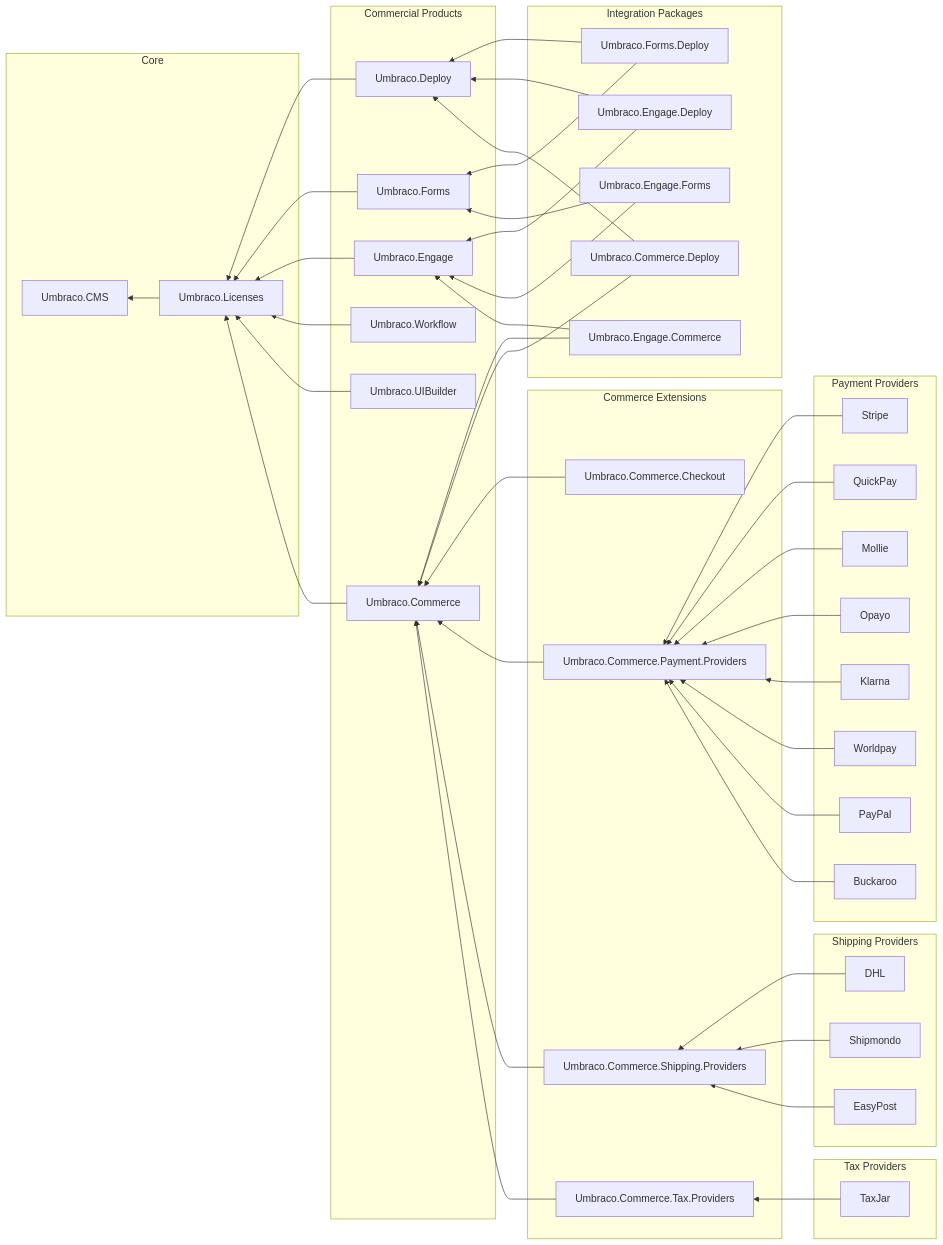
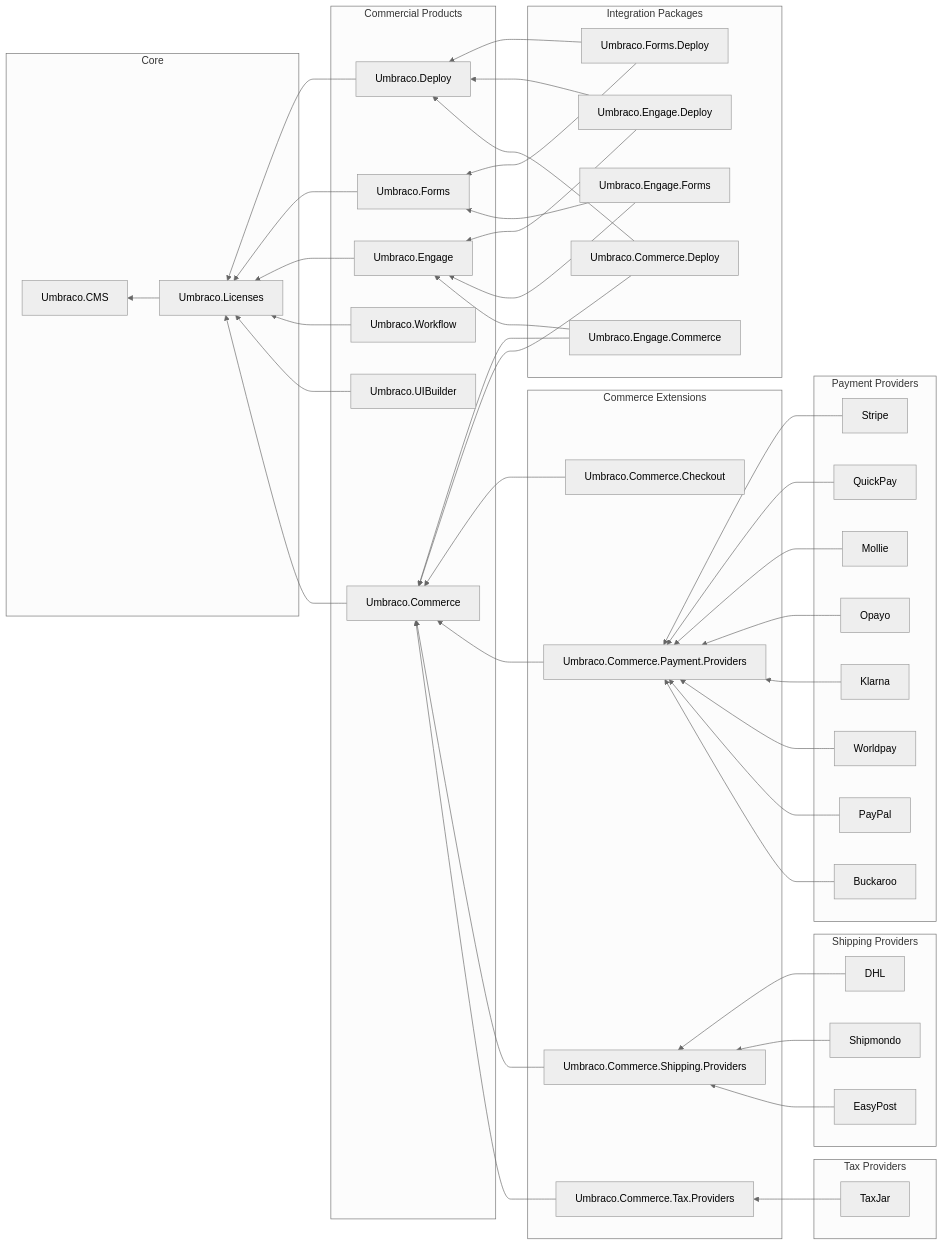
One commit to umbraco/UmbracoDocs changed the diagram in marketplace-and-integrations/commercial-product-dependencies.md. Above: the diagram before and after it, drawn with Mermaid.

````diff
--- a/marketplace-and-integrations/commercial-product-dependencies.md
+++ b/marketplace-and-integrations/commercial-product-dependencies.md
@@ -9,70 +9,74 @@
 ```mermaid
+---
+    config:
+        theme: 'neutral'
+---
 graph RL
     subgraph Core
         CMS["Umbraco.CMS"]
         Licenses["Umbraco.Licenses"]
         Licenses --> CMS
     end
 
     subgraph "Commercial Products"
         Deploy["Umbraco.Deploy"]
         Forms["Umbraco.Forms"]
         Engage["Umbraco.Engage"]
         Commerce["Umbraco.Commerce"]
         Workflow["Umbraco.Workflow"]
         UIBuilder["Umbraco.UIBuilder"]
     end
 
     Deploy --> Licenses
     Forms --> Licenses
     Engage --> Licenses
     Workflow --> Licenses
     UIBuilder --> Licenses
     Commerce --> Licenses
 
     subgraph "Integration Packages"
         FormsDeploy["Umbraco.Forms.Deploy"]
         EngageDeploy["Umbraco.Engage.Deploy"]
         EngageForms["Umbraco.Engage.Forms"]
         EngageCommerce["Umbraco.Engage.Commerce"]
         CommerceDeploy["Umbraco.Commerce.Deploy"]
     end
 
     FormsDeploy --> Forms
     FormsDeploy --> Deploy
     EngageDeploy --> Engage
     EngageDeploy --> Deploy
     EngageForms --> Engage
     EngageForms --> Forms
     EngageCommerce --> Engage
     EngageCommerce --> Commerce
     CommerceDeploy --> Commerce
     CommerceDeploy --> Deploy
 
     subgraph "Commerce Extensions"
         CommerceCheckout["Umbraco.Commerce.Checkout"]
         CommercePaymentProviders["Umbraco.Commerce.Payment.Providers"]
         CommerceShippingProviders["Umbraco.Commerce.Shipping.Providers"]
         CommerceTaxProviders["Umbraco.Commerce.Tax.Providers"]
     end
 
     CommerceCheckout --> Commerce
     CommercePaymentProviders --> Commerce
     CommerceShippingProviders --> Commerce
     CommerceTaxProviders --> Commerce
 
     subgraph "Payment Providers"
         Stripe & QuickPay & Mollie & Opayo & Klarna & Worldpay & PayPal & Buckaroo
     end
     Stripe & QuickPay & Mollie & Opayo --> CommercePaymentProviders
     Klarna & Worldpay & PayPal & Buckaroo --> CommercePaymentProviders
 
     subgraph "Shipping Providers"
         DHL & Shipmondo & EasyPost
     end
     DHL & Shipmondo & EasyPost --> CommerceShippingProviders
 
     subgraph "Tax Providers"
         TaxJar --> CommerceTaxProviders
     end
 ```
````
